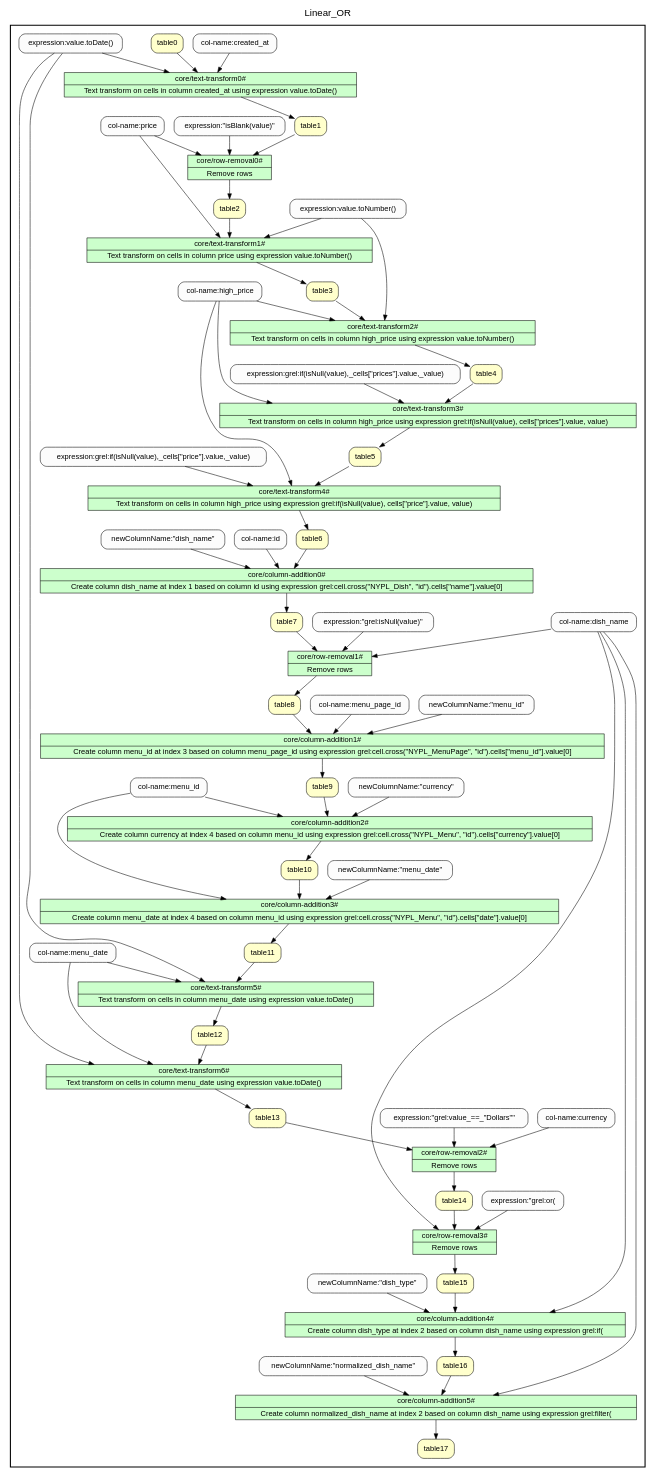
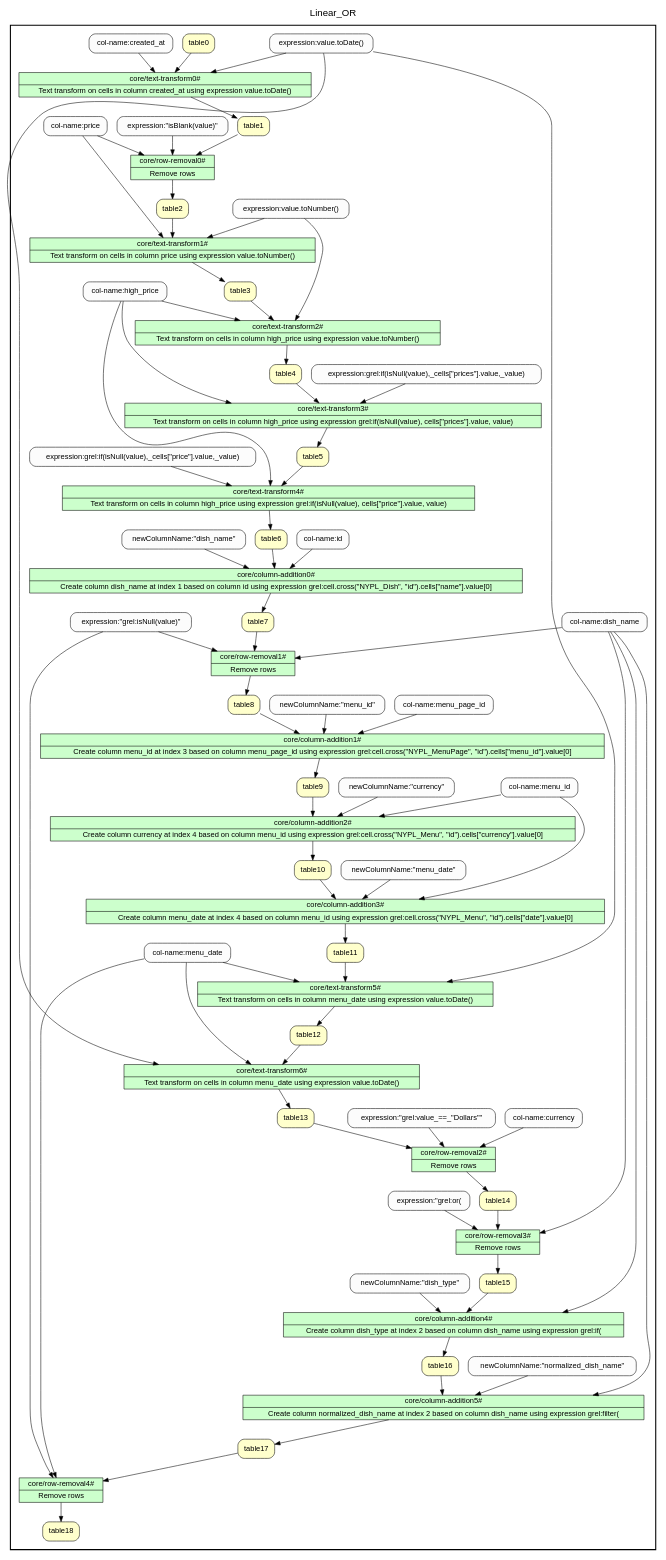
Before and after one commit to Eilbera/DCfinal: the diagram in Workflow.gv, drawn with Graphviz. The commit also changed 6 other files, not shown here.

```diff
--- a/Workflow.gv
+++ b/Workflow.gv
@@ -1,155 +1,161 @@
 
 /* Start of top-level graph */
 digraph Workflow {
 rankdir=TB
 
 /* Title for graph */
 fontname=Helvetica; fontsize=18; labelloc=t
 label=Linear_OR
 
 /* Start of double cluster for drawing box around nodes in workflow */
 subgraph cluster_workflow_box_outer { label=""; color=black; penwidth=2
 subgraph cluster_workflow_box_inner { label=""; penwidth=0
 
 /* Style for nodes representing atomic programs in workflow */
 node[shape=box style=filled fillcolor="#CCFFCC" peripheries=1 fontname=Helvetica]
 
 /* Nodes representing atomic programs in workflow */
 "core/text-transform0#" [shape=record rankdir=LR label="{<f0> core/text-transform0# |<f1> Text transform on cells in column created_at using expression value.toDate()}"];
 "core/row-removal0#" [shape=record rankdir=LR label="{<f0> core/row-removal0# |<f1> Remove rows}"];
 "core/text-transform1#" [shape=record rankdir=LR label="{<f0> core/text-transform1# |<f1> Text transform on cells in column price using expression value.toNumber()}"];
 "core/text-transform2#" [shape=record rankdir=LR label="{<f0> core/text-transform2# |<f1> Text transform on cells in column high_price using expression value.toNumber()}"];
 "core/text-transform3#" [shape=record rankdir=LR label="{<f0> core/text-transform3# |<f1> Text transform on cells in column high_price using expression grel\:if(isNull(value), cells[\"prices\"].value, value)}"];
 "core/text-transform4#" [shape=record rankdir=LR label="{<f0> core/text-transform4# |<f1> Text transform on cells in column high_price using expression grel\:if(isNull(value), cells[\"price\"].value, value)}"];
 "core/column-addition0#" [shape=record rankdir=LR label="{<f0> core/column-addition0# |<f1> Create column dish_name at index 1 based on column id using expression grel\:cell.cross(\"NYPL_Dish\", \"id\").cells[\"name\"].value[0]}"];
 "core/row-removal1#" [shape=record rankdir=LR label="{<f0> core/row-removal1# |<f1> Remove rows}"];
 "core/column-addition1#" [shape=record rankdir=LR label="{<f0> core/column-addition1# |<f1> Create column menu_id at index 3 based on column menu_page_id using expression grel\:cell.cross(\"NYPL_MenuPage\", \"id\").cells[\"menu_id\"].value[0]}"];
 "core/column-addition2#" [shape=record rankdir=LR label="{<f0> core/column-addition2# |<f1> Create column currency at index 4 based on column menu_id using expression grel\:cell.cross(\"NYPL_Menu\", \"id\").cells[\"currency\"].value[0]}"];
 "core/column-addition3#" [shape=record rankdir=LR label="{<f0> core/column-addition3# |<f1> Create column menu_date at index 4 based on column menu_id using expression grel\:cell.cross(\"NYPL_Menu\", \"id\").cells[\"date\"].value[0]}"];
 "core/text-transform5#" [shape=record rankdir=LR label="{<f0> core/text-transform5# |<f1> Text transform on cells in column menu_date using expression value.toDate()}"];
 "core/text-transform6#" [shape=record rankdir=LR label="{<f0> core/text-transform6# |<f1> Text transform on cells in column menu_date using expression value.toDate()}"];
 "core/row-removal2#" [shape=record rankdir=LR label="{<f0> core/row-removal2# |<f1> Remove rows}"];
 "core/row-removal3#" [shape=record rankdir=LR label="{<f0> core/row-removal3# |<f1> Remove rows}"];
 "core/column-addition4#" [shape=record rankdir=LR label="{<f0> core/column-addition4# |<f1> Create column dish_type at index 2 based on column dish_name using expression grel\:if(}"];
 "core/column-addition5#" [shape=record rankdir=LR label="{<f0> core/column-addition5# |<f1> Create column normalized_dish_name at index 2 based on column dish_name using expression grel\:filter(}"];
+"core/row-removal4#" [shape=record rankdir=LR label="{<f0> core/row-removal4# |<f1> Remove rows}"];
 
 /* Style for nodes representing non-parameter data channels in workflow */
 node[shape=box style="rounded,filled" fillcolor="#FFFFCC" peripheries=1 fontname=Helvetica]
 
 /* Nodes for non-parameter data channels in workflow */
-table17
+table18
 table0
 table1
 table2
 table3
 table4
 table5
 table6
 table7
 table8
 table9
 table10
 table11
 table12
 table13
 table14
 table15
 table16
+table17
 
 /* Style for nodes representing parameter channels in workflow */
 node[shape=box style="rounded,filled" fillcolor="#FCFCFC" peripheries=1 fontname=Helvetica]
 
 /* Nodes representing parameter channels in workflow */
 "col-name:created_at"
 "expression:value.toDate()"
 "col-name:price"
 "expression:\"isBlank(value)\""
 "expression:value.toNumber()"
 "col-name:high_price"
 "expression:grel:if(isNull(value),_cells[\"prices\"].value,_value)"
 "expression:grel:if(isNull(value),_cells[\"price\"].value,_value)"
 "col-name:id"
 "col-name:dish_name"
 "expression:\"grel:isNull(value)\""
 "col-name:menu_page_id"
 "col-name:menu_id"
 "col-name:menu_date"
 "col-name:currency"
 "expression:\"grel:value_==_\"Dollars\"\""
 "expression:\"grel:or("
 
 /* Edges representing connections between programs and channels */
 "core/text-transform0#" -> table1
 "col-name:created_at" -> "core/text-transform0#"
 "expression:value.toDate()" -> "core/text-transform0#"
 table0 -> "core/text-transform0#"
 "core/row-removal0#" -> table2
 "col-name:price" -> "core/row-removal0#"
 "expression:\"isBlank(value)\"" -> "core/row-removal0#"
 table1 -> "core/row-removal0#"
 "core/text-transform1#" -> table3
 "col-name:price" -> "core/text-transform1#"
 "expression:value.toNumber()" -> "core/text-transform1#"
 table2 -> "core/text-transform1#"
 "core/text-transform2#" -> table4
 "col-name:high_price" -> "core/text-transform2#"
 "expression:value.toNumber()" -> "core/text-transform2#"
 table3 -> "core/text-transform2#"
 "core/text-transform3#" -> table5
 "col-name:high_price" -> "core/text-transform3#"
 "expression:grel:if(isNull(value),_cells[\"prices\"].value,_value)" -> "core/text-transform3#"
 table4 -> "core/text-transform3#"
 "core/text-transform4#" -> table6
 "col-name:high_price" -> "core/text-transform4#"
 "expression:grel:if(isNull(value),_cells[\"price\"].value,_value)" -> "core/text-transform4#"
 table5 -> "core/text-transform4#"
 "core/column-addition0#" -> table7
 "col-name:id" -> "core/column-addition0#"
 "newColumnName:\"dish_name\"" -> "core/column-addition0#"
 table6 -> "core/column-addition0#"
 "core/row-removal1#" -> table8
 "col-name:dish_name" -> "core/row-removal1#"
 "expression:\"grel:isNull(value)\"" -> "core/row-removal1#"
 table7 -> "core/row-removal1#"
 "core/column-addition1#" -> table9
 "col-name:menu_page_id" -> "core/column-addition1#"
 "newColumnName:\"menu_id\"" -> "core/column-addition1#"
 table8 -> "core/column-addition1#"
 "core/column-addition2#" -> table10
 "col-name:menu_id" -> "core/column-addition2#"
 "newColumnName:\"currency\"" -> "core/column-addition2#"
 table9 -> "core/column-addition2#"
 "core/column-addition3#" -> table11
 "col-name:menu_id" -> "core/column-addition3#"
 "newColumnName:\"menu_date\"" -> "core/column-addition3#"
 table10 -> "core/column-addition3#"
 "core/text-transform5#" -> table12
 "col-name:menu_date" -> "core/text-transform5#"
 "expression:value.toDate()" -> "core/text-transform5#"
 table11 -> "core/text-transform5#"
 "core/text-transform6#" -> table13
 "col-name:menu_date" -> "core/text-transform6#"
 "expression:value.toDate()" -> "core/text-transform6#"
 table12 -> "core/text-transform6#"
 "core/row-removal2#" -> table14
 "col-name:currency" -> "core/row-removal2#"
 "expression:\"grel:value_==_\"Dollars\"\"" -> "core/row-removal2#"
 table13 -> "core/row-removal2#"
 "core/row-removal3#" -> table15
 "col-name:dish_name" -> "core/row-removal3#"
 "expression:\"grel:or(" -> "core/row-removal3#"
 table14 -> "core/row-removal3#"
 "core/column-addition4#" -> table16
 "col-name:dish_name" -> "core/column-addition4#"
 "newColumnName:\"dish_type\"" -> "core/column-addition4#"
 table15 -> "core/column-addition4#"
 "core/column-addition5#" -> table17
 "col-name:dish_name" -> "core/column-addition5#"
 "newColumnName:\"normalized_dish_name\"" -> "core/column-addition5#"
 table16 -> "core/column-addition5#"
+"core/row-removal4#" -> table18
+"col-name:menu_date" -> "core/row-removal4#"
+"expression:\"grel:isNull(value)\"" -> "core/row-removal4#"
+table17 -> "core/row-removal4#"
 
 /* End of double cluster for drawing box around nodes in workflow */
 }}
 
 /* End of top-level graph */
 }
```
